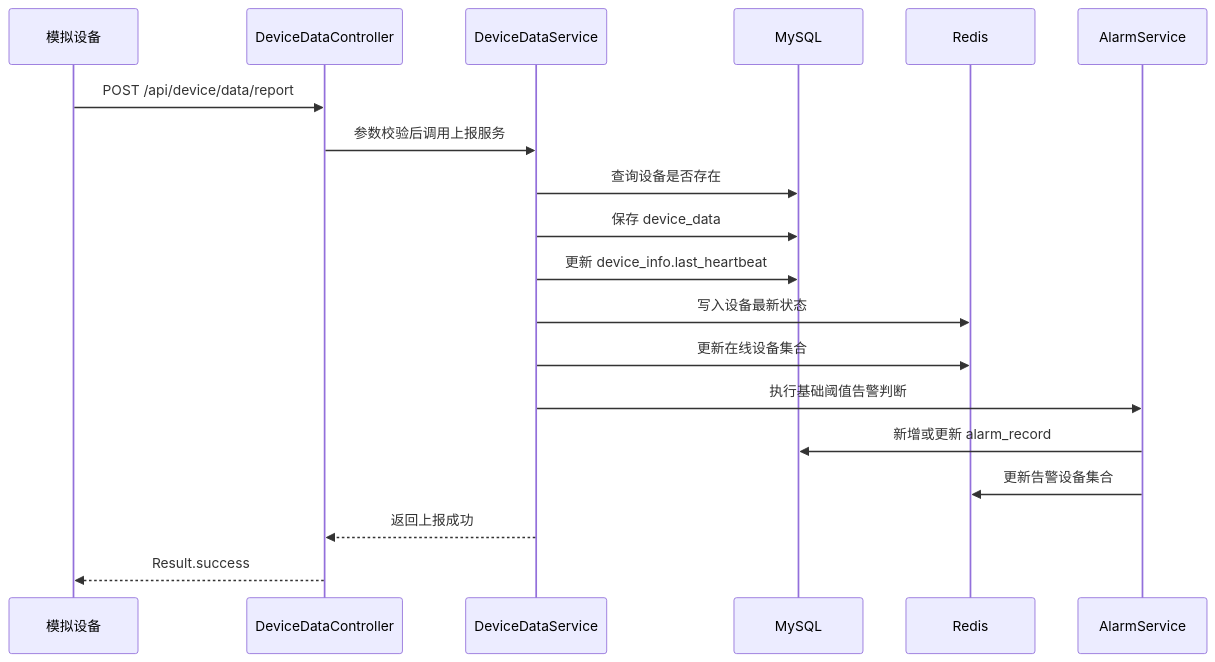
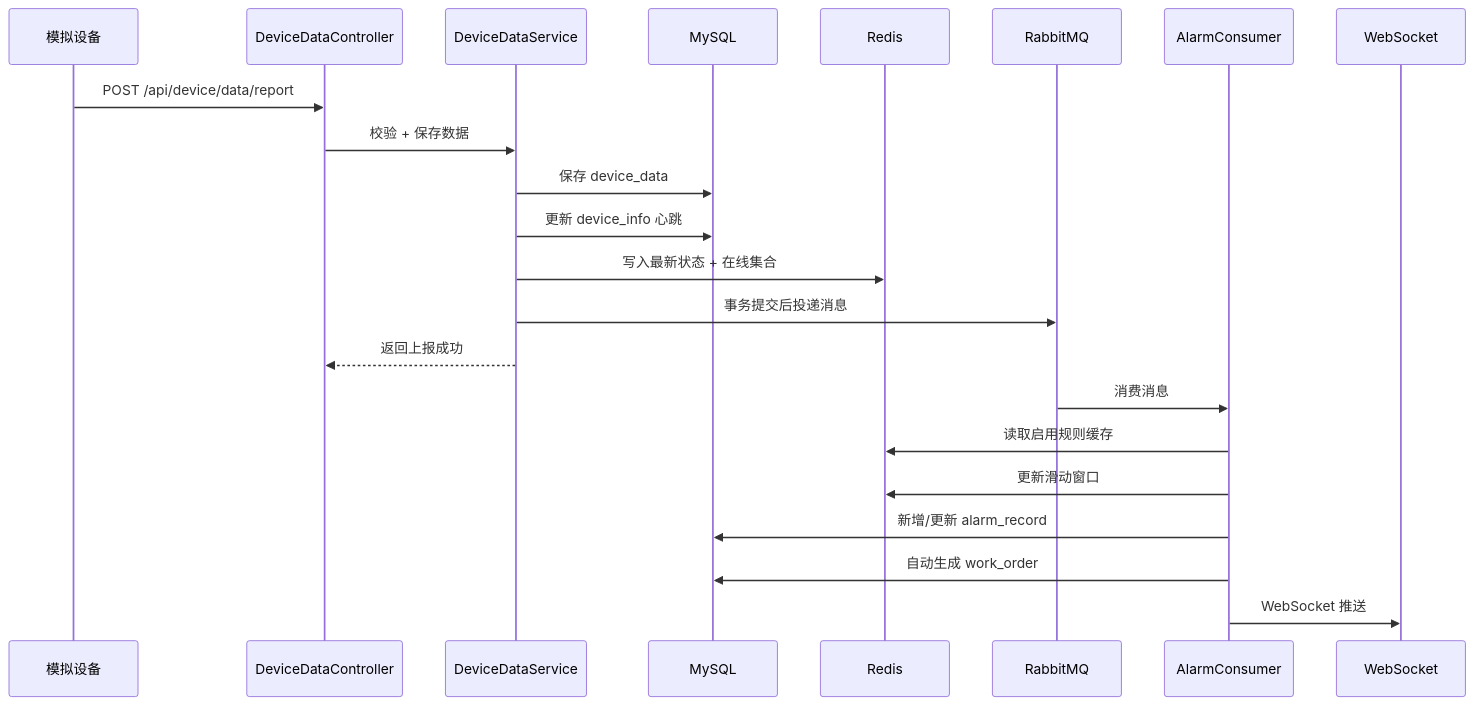
One commit to ccbcc11/charge-monitor-platform changed the second of 3 diagrams in docs/02-系统架构设计.md. Above: the diagram before and after it, drawn with Mermaid. The commit also changed other lines of this file and 5 other files, not shown here.

````diff
--- a/docs/02-系统架构设计.md
+++ b/docs/02-系统架构设计.md
@@ -382,22 +310,25 @@
 ```mermaid
 sequenceDiagram
     participant Device as 模拟设备
     participant API as DeviceDataController
     participant Service as DeviceDataService
     participant DB as MySQL
     participant Redis as Redis
-    participant Alarm as AlarmService
+    participant MQ as RabbitMQ
+    participant Consumer as AlarmConsumer
+    participant WS as WebSocket
 
     Device->>API: POST /api/device/data/report
-    API->>Service: 参数校验后调用上报服务
-    Service->>DB: 查询设备是否存在
+    API->>Service: 校验 + 保存数据
     Service->>DB: 保存 device_data
-    Service->>DB: 更新 device_info.last_heartbeat
-    Service->>Redis: 写入设备最新状态
-    Service->>Redis: 更新在线设备集合
-    Service->>Alarm: 执行基础阈值告警判断
-    Alarm->>DB: 新增或更新 alarm_record
-    Alarm->>Redis: 更新告警设备集合
+    Service->>DB: 更新 device_info 心跳
+    Service->>Redis: 写入最新状态 + 在线集合
+    Service->>MQ: 事务提交后投递消息
     Service-->>API: 返回上报成功
-    API-->>Device: Result.success
+    MQ->>Consumer: 消费消息
+    Consumer->>Redis: 读取启用规则缓存
+    Consumer->>Redis: 更新滑动窗口
+    Consumer->>DB: 新增/更新 alarm_record
+    Consumer->>DB: 自动生成 work_order
+    Consumer->>WS: WebSocket 推送
 ```
````
